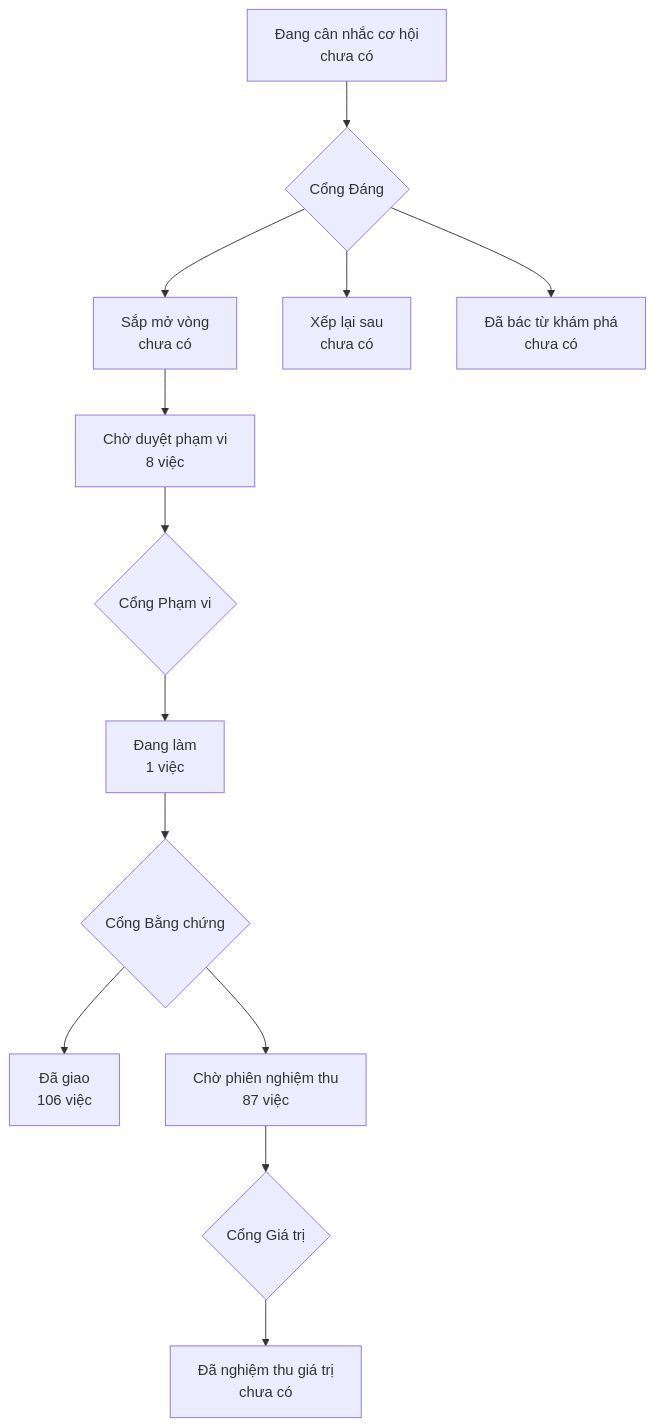
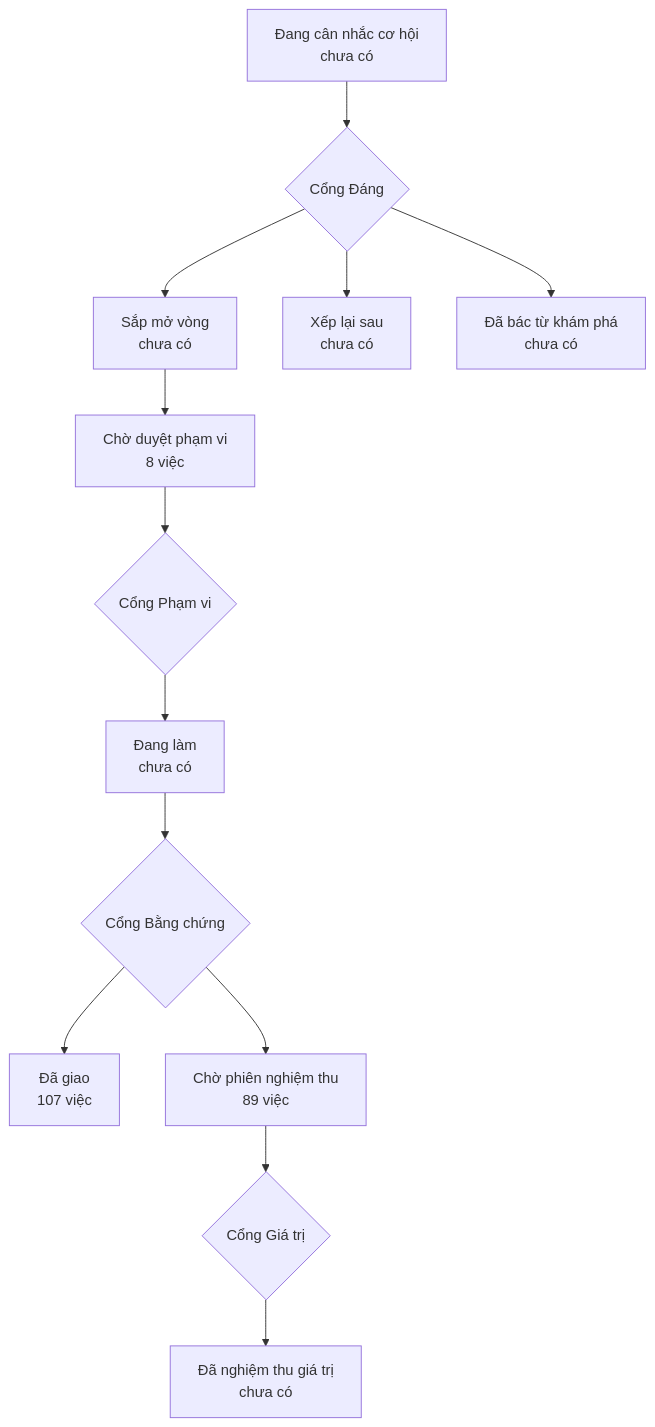
The diagram in PRODUCT-MAP.md (phanlemanh/onehub-invest), drawn with Mermaid before and after one commit. The commit also changed other lines of this file and 7 other files, not shown here.

````diff
--- a/PRODUCT-MAP.md
+++ b/PRODUCT-MAP.md
@@ -7,12 +7,12 @@
 ```mermaid
 flowchart TD
   A["Đang cân nhắc cơ hội<br/>chưa có"] --> GD{"Cổng Đáng"}
   GD --> B["Sắp mở vòng<br/>chưa có"]
   GD --> XL["Xếp lại sau<br/>chưa có"]
   GD --> DB["Đã bác từ khám phá<br/>chưa có"]
   B --> CD["Chờ duyệt phạm vi<br/>8 việc"] --> GP{"Cổng Phạm vi"}
-  GP --> DL["Đang làm<br/>1 việc"] --> GB{"Cổng Bằng chứng"}
-  GB --> DG["Đã giao<br/>106 việc"]
-  GB --> CN["Chờ phiên nghiệm thu<br/>87 việc"] --> GG{"Cổng Giá trị"}
+  GP --> DL["Đang làm<br/>chưa có"] --> GB{"Cổng Bằng chứng"}
+  GB --> DG["Đã giao<br/>107 việc"]
+  GB --> CN["Chờ phiên nghiệm thu<br/>89 việc"] --> GG{"Cổng Giá trị"}
   GG --> NT["Đã nghiệm thu giá trị<br/>chưa có"]
 ```
````
